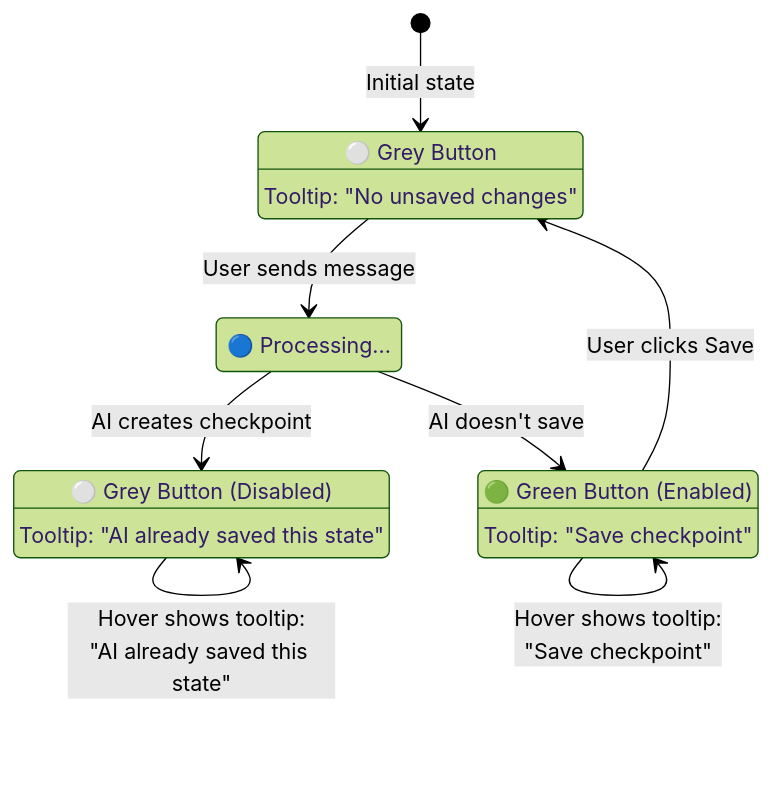
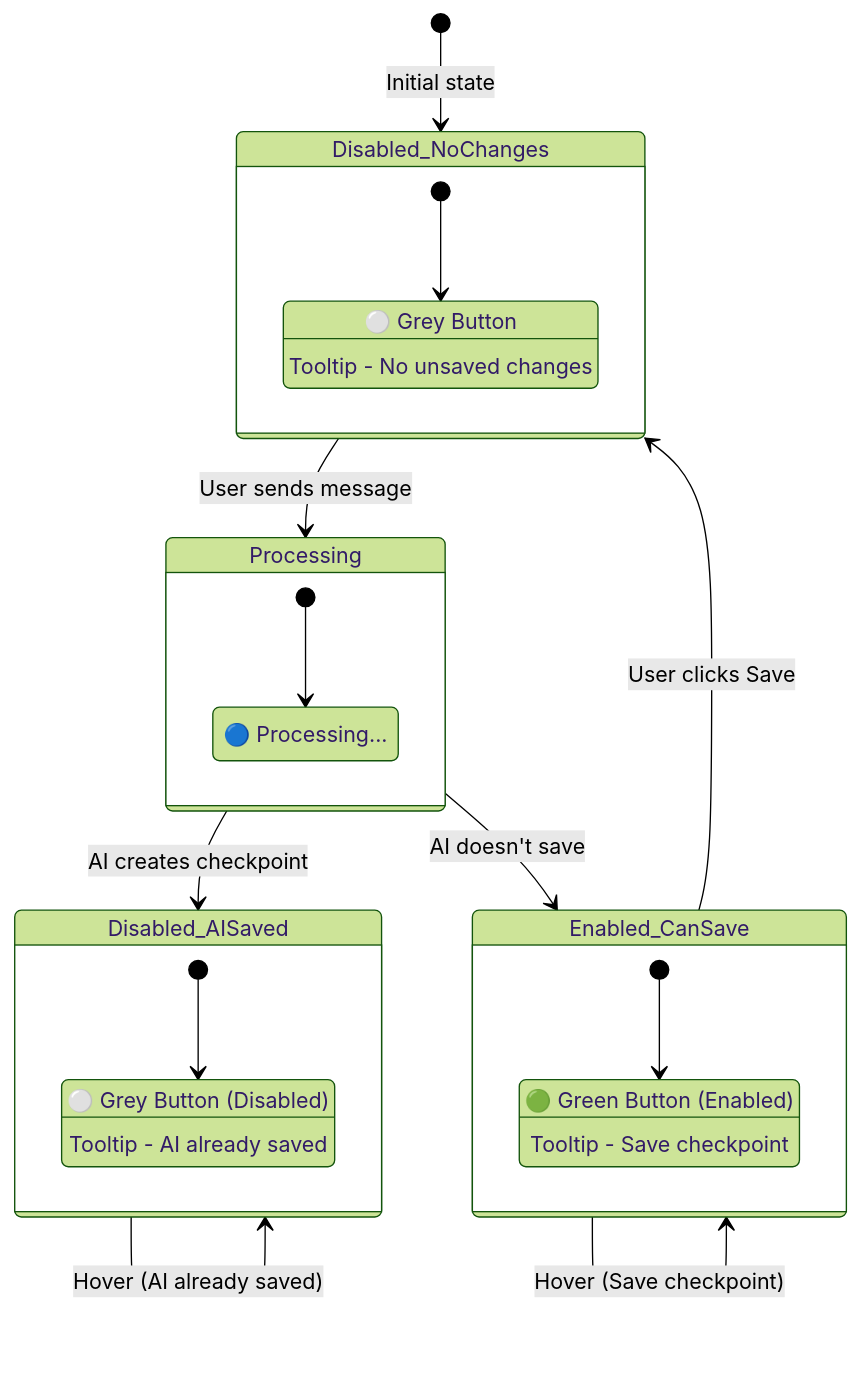
Before and after one commit to Panegyric0926/checkpoint: diagram 11 of 21 in docs/TIME_TRAVEL.md, drawn with Mermaid (forest theme).

Commit message:
debug mermaid graph

````diff
--- a/docs/TIME_TRAVEL.md
+++ b/docs/TIME_TRAVEL.md
@@ -479,24 +479,36 @@
 ```mermaid
 stateDiagram-v2
     [*] --> Disabled_NoChanges: Initial state
     
     Disabled_NoChanges --> Processing: User sends message
     Processing --> Disabled_AISaved: AI creates checkpoint
     Processing --> Enabled_CanSave: AI doesn't save
     
-    Disabled_AISaved --> Disabled_AISaved: Hover shows tooltip:<br/>"AI already saved this state"
+    Disabled_AISaved --> Disabled_AISaved: Hover (AI already saved)
     
     Enabled_CanSave --> Disabled_NoChanges: User clicks Save
-    Enabled_CanSave --> Enabled_CanSave: Hover shows tooltip:<br/>"Save checkpoint"
+    Enabled_CanSave --> Enabled_CanSave: Hover (Save checkpoint)
     
-    Disabled_NoChanges: ⚪ Grey Button
-    Disabled_NoChanges: Tooltip: "No unsaved changes"
+    state Disabled_NoChanges {
+        [*] --> Grey_Button
+        Grey_Button: ⚪ Grey Button
+        Grey_Button: Tooltip - No unsaved changes
+    }
     
-    Disabled_AISaved: ⚪ Grey Button (Disabled)
-    Disabled_AISaved: Tooltip: "AI already saved this state"
+    state Disabled_AISaved {
+        [*] --> Grey_Disabled
+        Grey_Disabled: ⚪ Grey Button (Disabled)
+        Grey_Disabled: Tooltip - AI already saved
+    }
     
-    Enabled_CanSave: 🟢 Green Button (Enabled)
-    Enabled_CanSave: Tooltip: "Save checkpoint"
+    state Enabled_CanSave {
+        [*] --> Green_Button
+        Green_Button: 🟢 Green Button (Enabled)
+        Green_Button: Tooltip - Save checkpoint
+    }
     
-    Processing: 🔵 Processing...
+    state Processing {
+        [*] --> Proc
+        Proc: 🔵 Processing...
+    }
 ```
````
